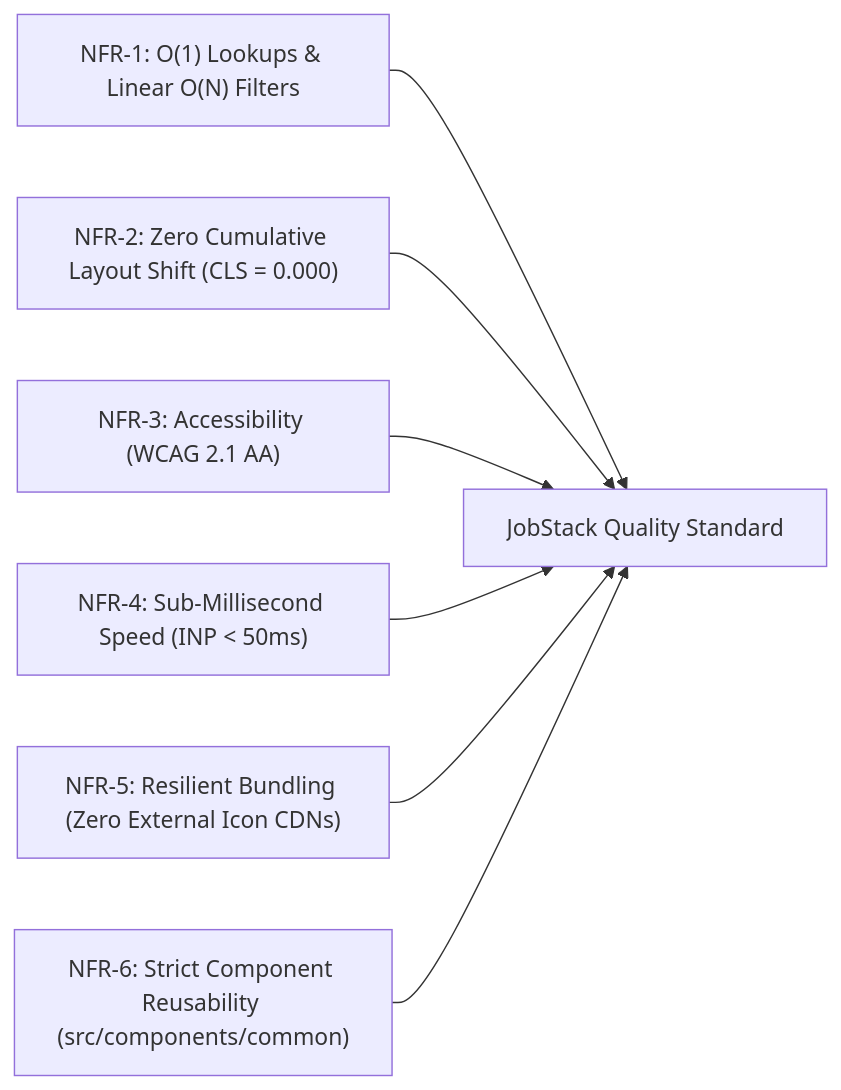
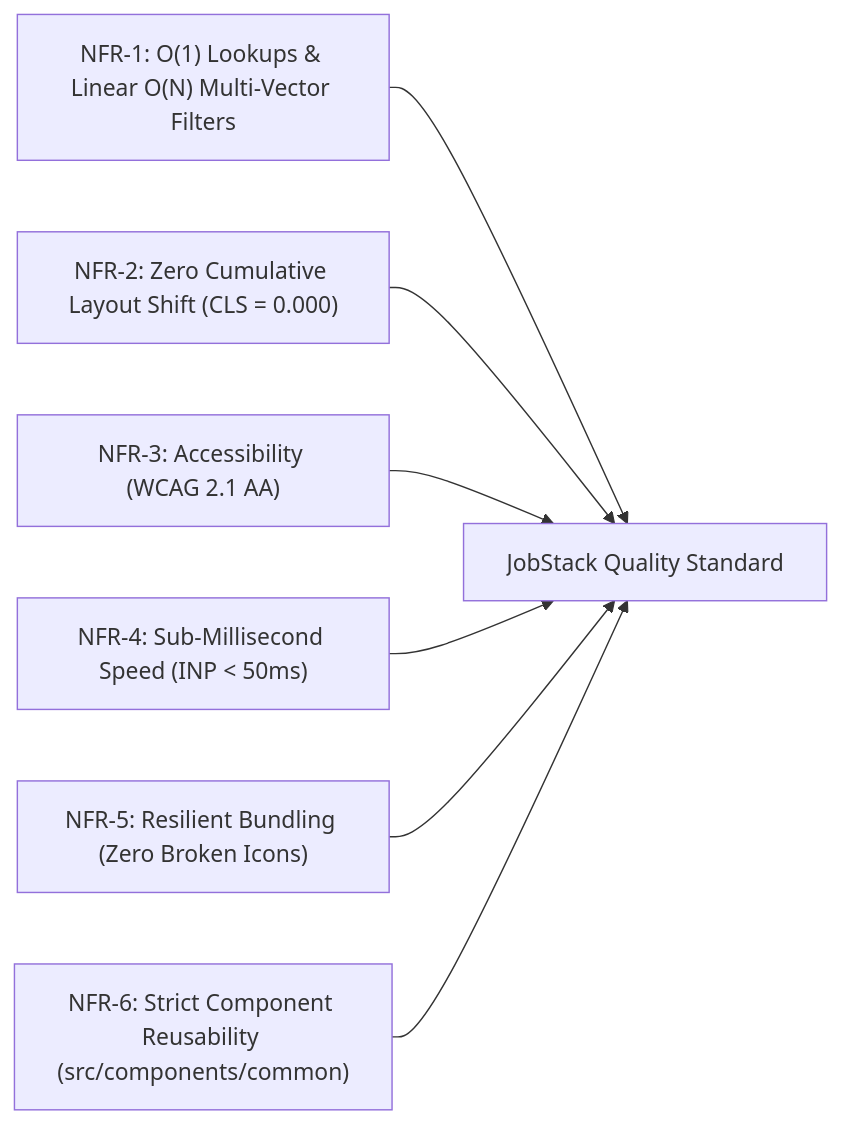
Before and after one commit to RenishBhuva07/JobStack: the second of 2 diagrams in PROJECT_REQUIREMENTS.md, drawn with Mermaid. The commit also changed other lines of this file and 1 other file, not shown here.

````diff
--- a/PROJECT_REQUIREMENTS.md
+++ b/PROJECT_REQUIREMENTS.md
@@ -206,16 +269,16 @@
 ```mermaid
 graph LR
-    NFR1["NFR-1: O(1) Lookups & Linear O(N) Filters"]
+    NFR1["NFR-1: O(1) Lookups & Linear O(N) Multi-Vector Filters"]
     NFR2["NFR-2: Zero Cumulative Layout Shift (CLS = 0.000)"]
     NFR3["NFR-3: Accessibility (WCAG 2.1 AA)"]
     NFR4["NFR-4: Sub-Millisecond Speed (INP < 50ms)"]
-    NFR5["NFR-5: Resilient Bundling (Zero External Icon CDNs)"]
+    NFR5["NFR-5: Resilient Bundling (Zero Broken Icons)"]
     NFR6["NFR-6: Strict Component Reusability (src/components/common)"]
 
     NFR1 --> Quality["JobStack Quality Standard"]
     NFR2 --> Quality
     NFR3 --> Quality
     NFR4 --> Quality
     NFR5 --> Quality
     NFR6 --> Quality
 ```
````
